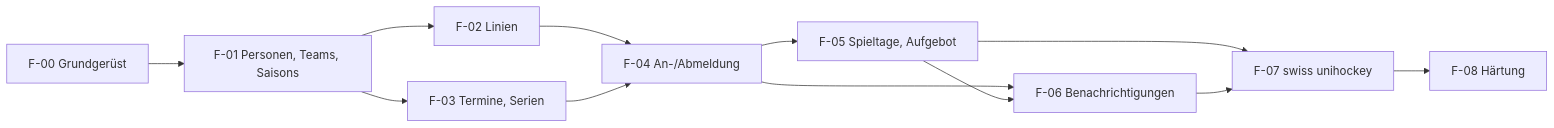
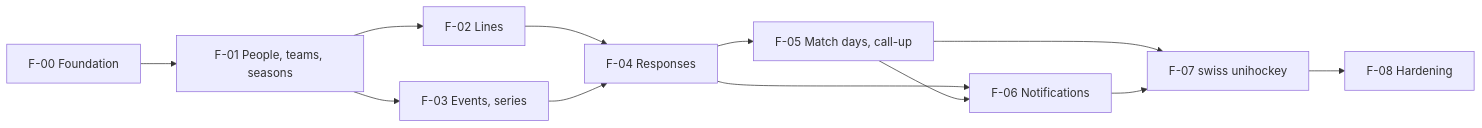
The diagram in docs/pipeline/backlog.md (cyrilleulmi/StvBeroPlatform), drawn with Mermaid before and after one commit. The commit also changed other lines of this file and 111 other files, not shown here.

````diff
--- a/docs/pipeline/backlog.md
+++ b/docs/pipeline/backlog.md
@@ -20,14 +20,14 @@
 ```mermaid
 flowchart LR
-    F00[F-00 Grundgerüst] --> F01[F-01 Personen, Teams, Saisons]
-    F01 --> F02[F-02 Linien]
-    F01 --> F03[F-03 Termine, Serien]
-    F02 --> F04[F-04 An-/Abmeldung]
+    F00[F-00 Foundation] --> F01[F-01 People, teams, seasons]
+    F01 --> F02[F-02 Lines]
+    F01 --> F03[F-03 Events, series]
+    F02 --> F04[F-04 Responses]
     F03 --> F04
-    F04 --> F05[F-05 Spieltage, Aufgebot]
-    F04 --> F06[F-06 Benachrichtigungen]
+    F04 --> F05[F-05 Match days, call-up]
+    F04 --> F06[F-06 Notifications]
     F05 --> F06
     F05 --> F07[F-07 swiss unihockey]
     F06 --> F07
-    F07 --> F08[F-08 Härtung]
+    F07 --> F08[F-08 Hardening]
 ```
````
